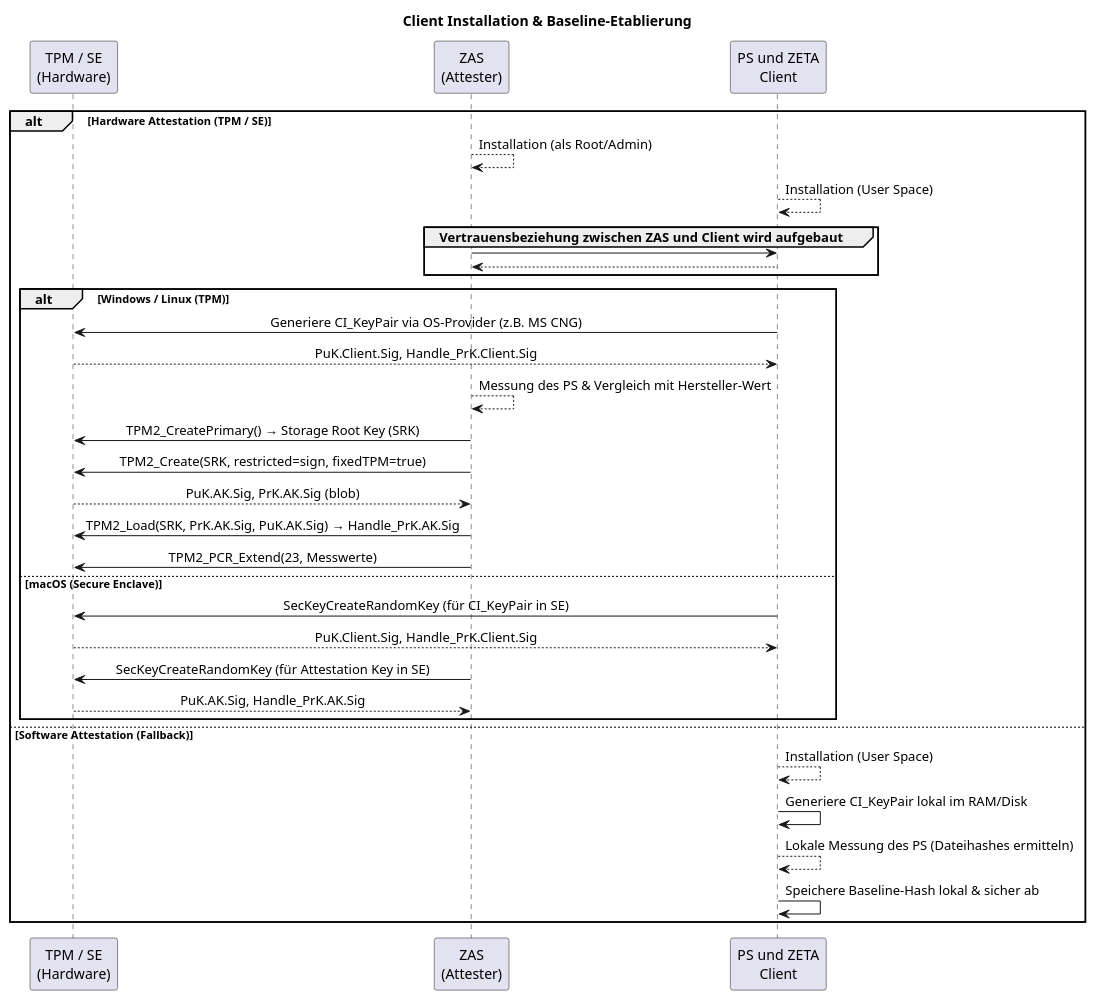
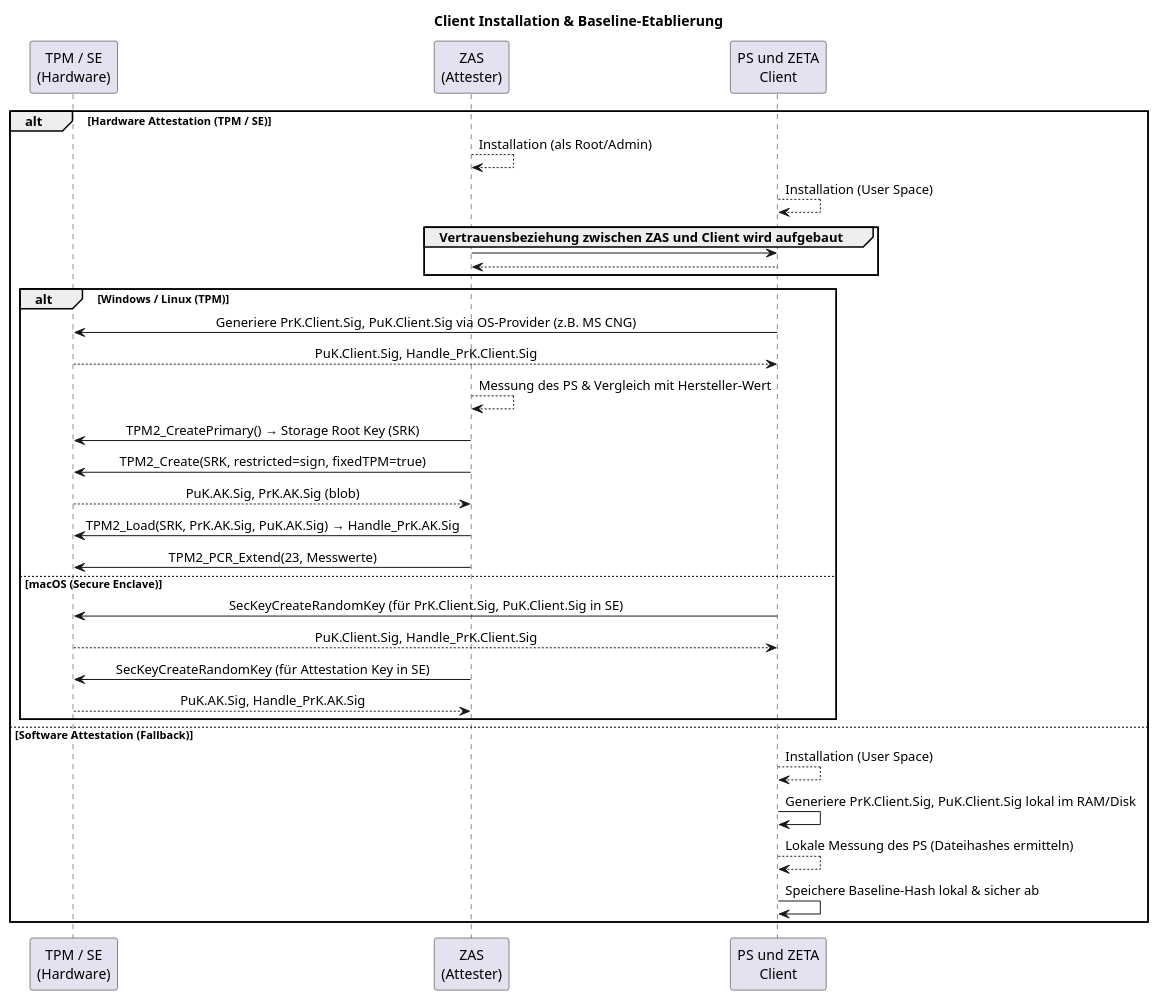
Before and after one commit to gematik/zeta: the diagram in src/plantuml/tmp/attestation-flows/client-installation.puml, drawn with PlantUML. The commit also changed 2 other files, not shown here.

Commit message:
refactor: update attestation flow diagrams to include ZETA Guard fast-path and standardize key terminology.

```diff
--- a/src/plantuml/tmp/attestation-flows/client-installation.puml
+++ b/src/plantuml/tmp/attestation-flows/client-installation.puml
@@ -1,43 +1,43 @@
 @startuml "client-installation"
 skinparam sequenceMessageAlign center
 title Client Installation & Baseline-Etablierung
 
 participant "TPM / SE\n(Hardware)" as TPM
 participant "ZAS\n(Attester)" as ZAS
 participant "PS und ZETA\nClient" as Client
 
 alt Hardware Attestation (TPM / SE)
     ZAS --> ZAS: Installation (als Root/Admin)
     Client --> Client: Installation (User Space)
     group Vertrauensbeziehung zwischen ZAS und Client wird aufgebaut
         ZAS -> Client
         Client --> ZAS
     end
 
     alt Windows / Linux (TPM)
-        Client -> TPM: Generiere CI_KeyPair via OS-Provider (z.B. MS CNG)
+        Client -> TPM: Generiere PrK.Client.Sig, PuK.Client.Sig via OS-Provider (z.B. MS CNG)
         TPM --> Client: PuK.Client.Sig, Handle_PrK.Client.Sig
         
         ZAS --> ZAS: Messung des PS & Vergleich mit Hersteller-Wert
         ZAS -> TPM: TPM2_CreatePrimary() → Storage Root Key (SRK)
         ZAS -> TPM: TPM2_Create(SRK, restricted=sign, fixedTPM=true)
         TPM --> ZAS: PuK.AK.Sig, PrK.AK.Sig (blob)
         ZAS -> TPM: TPM2_Load(SRK, PrK.AK.Sig, PuK.AK.Sig) → Handle_PrK.AK.Sig
         ZAS -> TPM: TPM2_PCR_Extend(23, Messwerte)
         
     else macOS (Secure Enclave)
-        Client -> TPM: SecKeyCreateRandomKey (für CI_KeyPair in SE)
+        Client -> TPM: SecKeyCreateRandomKey (für PrK.Client.Sig, PuK.Client.Sig in SE)
         TPM --> Client: PuK.Client.Sig, Handle_PrK.Client.Sig
         
         ZAS -> TPM: SecKeyCreateRandomKey (für Attestation Key in SE)
         TPM --> ZAS: PuK.AK.Sig, Handle_PrK.AK.Sig
     end
 
 else Software Attestation (Fallback)
     Client --> Client: Installation (User Space)
-    Client -> Client: Generiere CI_KeyPair lokal im RAM/Disk
+    Client -> Client: Generiere PrK.Client.Sig, PuK.Client.Sig lokal im RAM/Disk
     Client --> Client: Lokale Messung des PS (Dateihashes ermitteln)
     Client -> Client: Speichere Baseline-Hash lokal & sicher ab
 end
 
 @enduml
```
